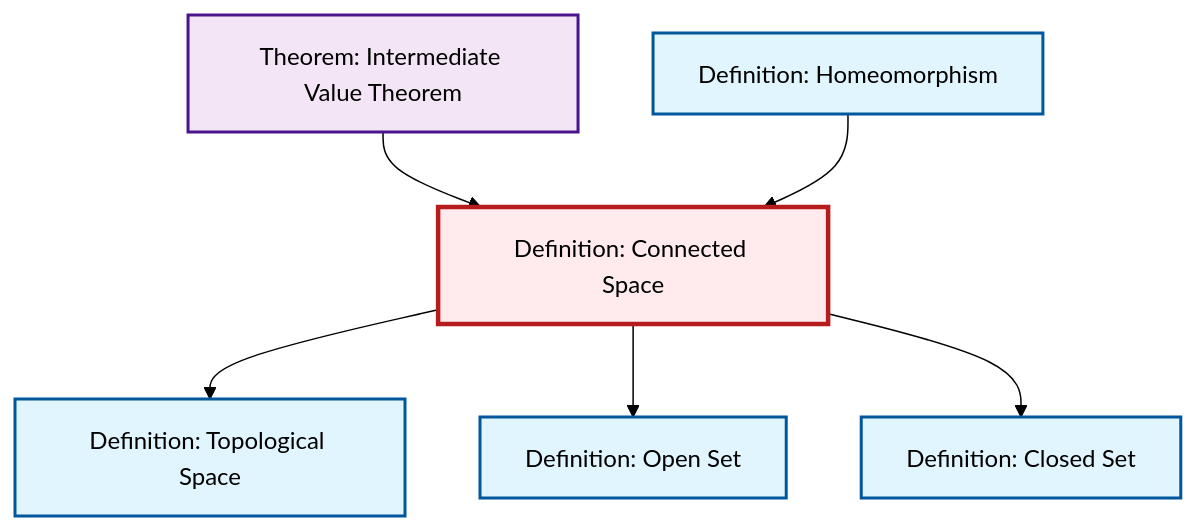
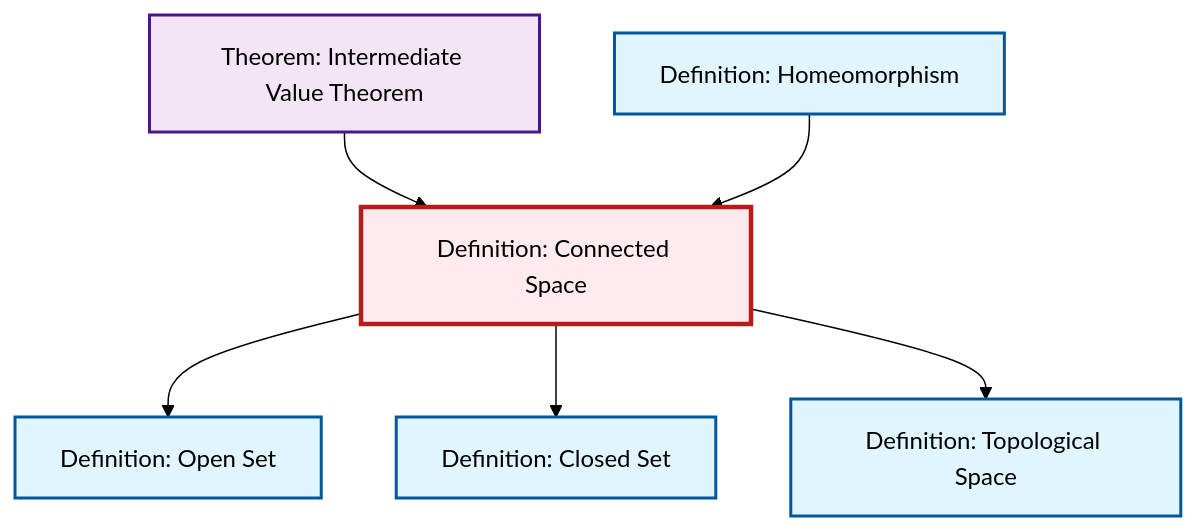
The diagram in content/en/topology/def-connected.qmd (RK0429/ModernMath), drawn with Mermaid (forest theme) before and after one commit. The commit also changed other lines of this file and 554 other files, not shown here.

````diff
--- a/content/en/topology/def-connected.qmd
+++ b/content/en/topology/def-connected.qmd
@@ -49,26 +49,26 @@
 ```{mermaid}
 %%| fig-cap: "Local dependency graph"
 graph TD
     classDef definition fill:#e1f5fe,stroke:#01579b,stroke-width:2px
     classDef theorem fill:#f3e5f5,stroke:#4a148c,stroke-width:2px
     classDef axiom fill:#fff3e0,stroke:#e65100,stroke-width:2px
     classDef example fill:#e8f5e9,stroke:#1b5e20,stroke-width:2px
     classDef current fill:#ffebee,stroke:#b71c1c,stroke-width:3px
+    def-connected["Definition: Connected Space"]:::definition
+    def-open-set["Definition: Open Set"]:::definition
+    def-closed-set["Definition: Closed Set"]:::definition
+    def-topological-space["Definition: Topological Space"]:::definition
+    thm-intermediate-value["Theorem: Intermediate Value Theorem"]:::theorem
     def-homeomorphism["Definition: Homeomorphism"]:::definition
-    def-topological-space["Definition: Topological Space"]:::definition
-    def-closed-set["Definition: Closed Set"]:::definition
-    def-open-set["Definition: Open Set"]:::definition
-    def-connected["Definition: Connected Space"]:::definition
-    thm-intermediate-value["Theorem: Intermediate Value Theorem"]:::theorem
-    def-connected --> def-topological-space
+    def-connected --> def-open-set
     thm-intermediate-value --> def-connected
-    def-connected --> def-open-set
     def-homeomorphism --> def-connected
     def-connected --> def-closed-set
+    def-connected --> def-topological-space
     class def-connected current
+    click def-open-set "def-open-set.html" "Go to Open Set definition"
+    click def-closed-set "def-closed-set.html" "Go to Closed Set definition"
+    click def-topological-space "def-topological-space.html" "Go to Topological Space definition"
+    click thm-intermediate-value "thm-intermediate-value.html" "Go to Intermediate Value Theorem theorem"
     click def-homeomorphism "def-homeomorphism.html" "Go to Homeomorphism definition"
-    click def-topological-space "def-topological-space.html" "Go to Topological Space definition"
-    click def-closed-set "def-closed-set.html" "Go to Closed Set definition"
-    click def-open-set "def-open-set.html" "Go to Open Set definition"
-    click thm-intermediate-value "thm-intermediate-value.html" "Go to Intermediate Value Theorem theorem"
 ```
````
